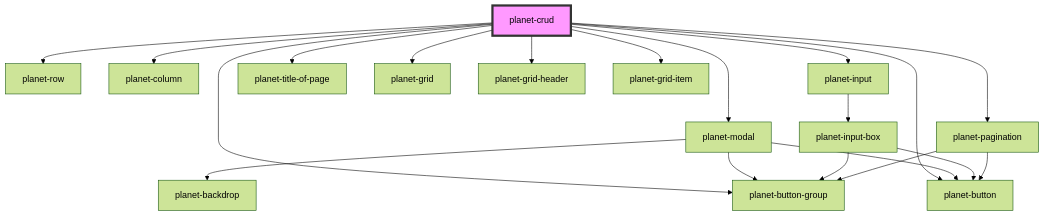
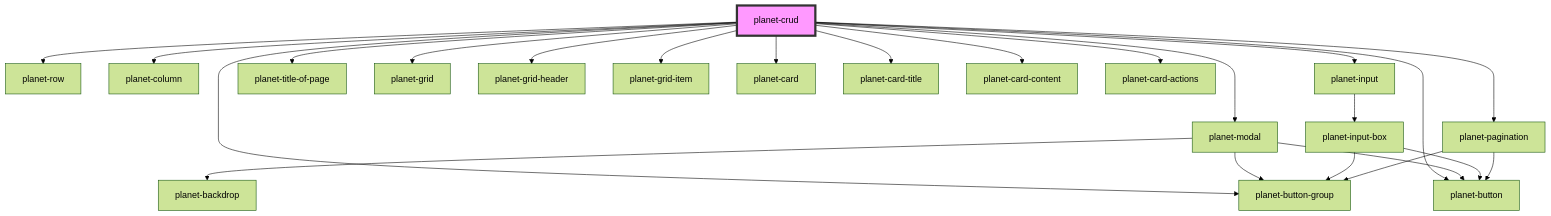
One commit to siteplanet/planet-css changed the diagram in src/components/planet-crud/readme.md. Above: the diagram before and after it, drawn with Mermaid (forest theme). The commit also changed other lines of this file and 29 other files, not shown here.

````diff
--- a/src/components/planet-crud/readme.md
+++ b/src/components/planet-crud/readme.md
@@ -79,23 +84,27 @@
 ```mermaid
 graph TD;
   planet-crud --> planet-modal
   planet-crud --> planet-row
   planet-crud --> planet-column
   planet-crud --> planet-input
   planet-crud --> planet-button
   planet-crud --> planet-title-of-page
   planet-crud --> planet-pagination
   planet-crud --> planet-button-group
   planet-crud --> planet-grid
   planet-crud --> planet-grid-header
   planet-crud --> planet-grid-item
+  planet-crud --> planet-card
+  planet-crud --> planet-card-title
+  planet-crud --> planet-card-content
+  planet-crud --> planet-card-actions
   planet-modal --> planet-backdrop
   planet-modal --> planet-button-group
   planet-modal --> planet-button
   planet-input --> planet-input-box
   planet-input-box --> planet-button-group
   planet-input-box --> planet-button
   planet-pagination --> planet-button-group
   planet-pagination --> planet-button
   style planet-crud fill:#f9f,stroke:#333,stroke-width:4px
 ```
````
